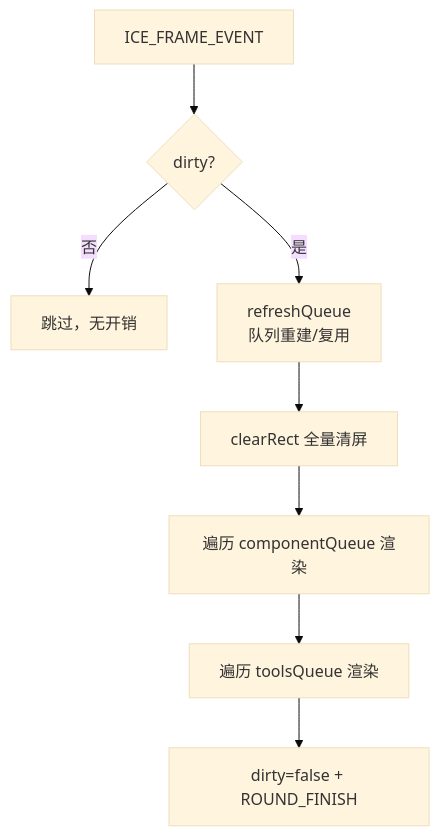
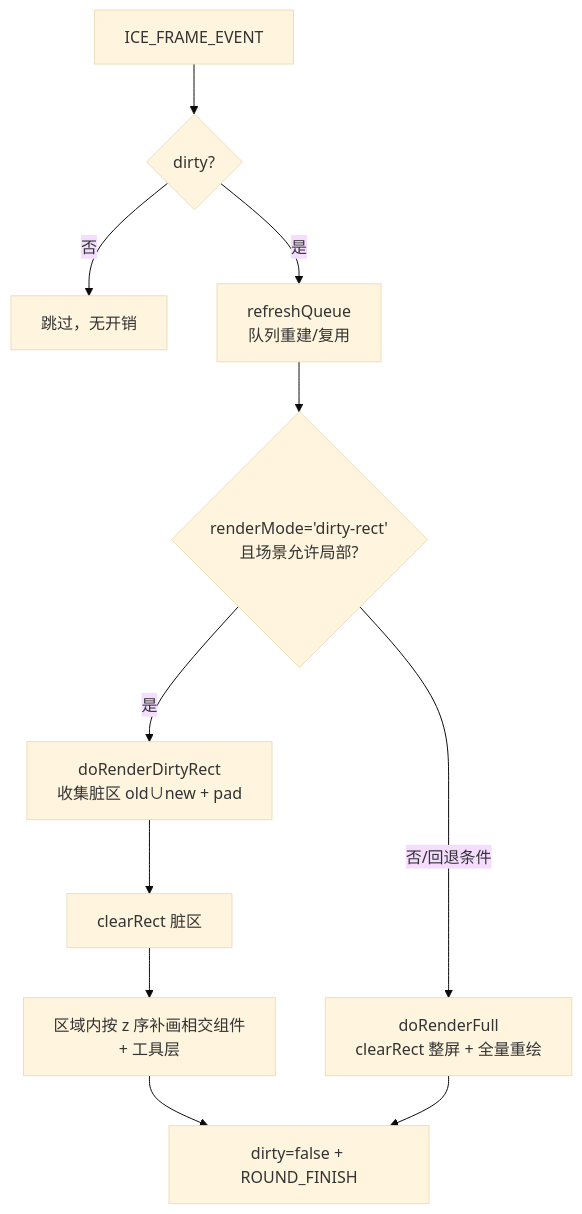
One commit to ice-render/ice-render changed the diagram in docs/architecture/04-rendering-performance.md. Above: the diagram before and after it, drawn with Mermaid (base theme). The commit also changed other lines of this file and 14 other files, not shown here.

````diff
--- a/docs/architecture/04-rendering-performance.md
+++ b/docs/architecture/04-rendering-performance.md
@@ -11,10 +12,13 @@
 ```mermaid
 graph TD
     EV[ICE_FRAME_EVENT] --> D{dirty?}
     D -- 否 --> SKIP[跳过，无开销]
     D -- 是 --> RQ[refreshQueue<br/>队列重建/复用]
-    RQ --> CLR[clearRect 全量清屏]
-    CLR --> C[遍历 componentQueue 渲染]
-    C --> T[遍历 toolsQueue 渲染]
-    T --> FIN[dirty=false + ROUND_FINISH]
+    RQ --> G{renderMode='dirty-rect'<br/>且场景允许局部?}
+    G -- 否/回退条件 --> FULL[doRenderFull<br/>clearRect 整屏 + 全量重绘]
+    G -- 是 --> C[doRenderDirtyRect<br/>收集脏区 old∪new + pad]
+    C --> CLR[clearRect 脏区]
+    CLR --> LOOP[区域内按 z 序补画相交组件<br/>+ 工具层]
+    LOOP --> FIN[dirty=false + ROUND_FINISH]
+    FULL --> FIN
 ```
````
